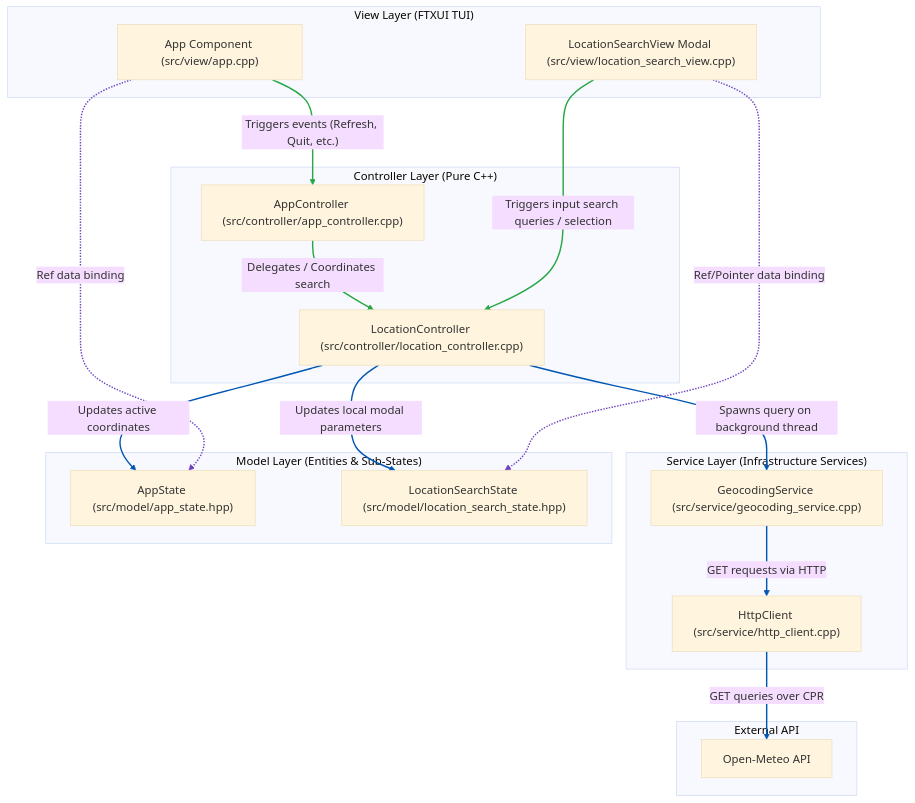
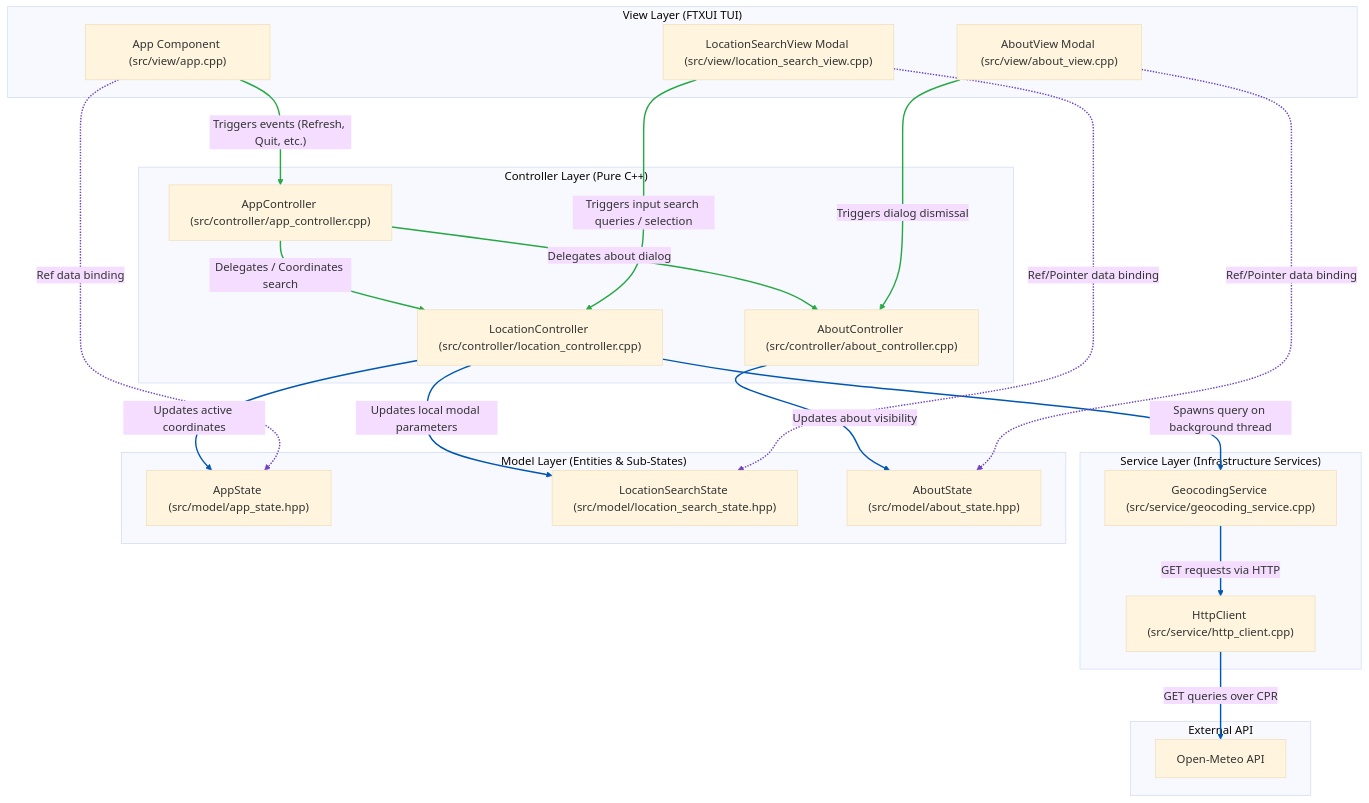
One commit to MallocNexus/weather_cli changed the first of 3 diagrams in docs/separation-of-concerns.md. Above: the diagram before and after it, drawn with Mermaid (base theme). The commit also changed other lines of this file and 16 other files, not shown here.

Commit message:
Implement About feature with MVC architecture; add AboutController, AboutView, and related state management

````diff
--- a/docs/separation-of-concerns.md
+++ b/docs/separation-of-concerns.md
@@ -11,50 +11,57 @@
 ```mermaid
 graph TD
     %% Layers Definition
     subgraph View ["View Layer (FTXUI TUI)"]
         App["App Component (src/view/app.cpp)"]
         LocView["LocationSearchView Modal (src/view/location_search_view.cpp)"]
+        AboutView["AboutView Modal (src/view/about_view.cpp)"]
     end
 
     subgraph Controller ["Controller Layer (Pure C++)"]
         AppCtrl["AppController (src/controller/app_controller.cpp)"]
         LocCtrl["LocationController (src/controller/location_controller.cpp)"]
+        AboutCtrl["AboutController (src/controller/about_controller.cpp)"]
     end
 
     subgraph Service ["Service Layer (Infrastructure Services)"]
         Geocoding["GeocodingService (src/service/geocoding_service.cpp)"]
         Http["HttpClient (src/service/http_client.cpp)"]
     end
 
     subgraph Model ["Model Layer (Entities & Sub-States)"]
         State["AppState (src/model/app_state.hpp)"]
         SearchState["LocationSearchState (src/model/location_search_state.hpp)"]
+        AboutState["AboutState (src/model/about_state.hpp)"]
     end
 
     subgraph External ["External API"]
         OpenMeteo["Open-Meteo API"]
     end
 
     %% Interactions
     App -->|"Triggers events (Refresh, Quit, etc.)"| AppCtrl
     AppCtrl -->|"Delegates / Coordinates search"| LocCtrl
+    AppCtrl -->|"Delegates about dialog"| AboutCtrl
     LocView -->|"Triggers input search queries / selection"| LocCtrl
+    AboutView -->|"Triggers dialog dismissal"| AboutCtrl
     LocCtrl -->|"Updates active coordinates"| State
     LocCtrl -->|"Updates local modal parameters"| SearchState
+    AboutCtrl -->|"Updates about visibility"| AboutState
     LocCtrl -->|"Spawns query on background thread"| Geocoding
     Geocoding -->|"GET requests via HTTP"| Http
     Http -->|"GET queries over CPR"| OpenMeteo
 
     %% Data Binding (Reversed to match strict UML dependency direction)
     App -.->|"Ref data binding"| State
     LocView -.->|"Ref/Pointer data binding"| SearchState
+    AboutView -.->|"Ref/Pointer data binding"| AboutState
 
     %% Style Event Arrows Green
-    linkStyle 0,1,2 stroke:#28a745,stroke-width:2px;
+    linkStyle 0,1,2,3,4 stroke:#28a745,stroke-width:2px;
 
     %% Style All Other Flow Lines Darker Blue
-    linkStyle 3,4,5,6,7 stroke:#0056b3,stroke-width:2px;
+    linkStyle 5,6,7,8,9,10 stroke:#0056b3,stroke-width:2px;
 
     %% Style Data Binding Arrows Purple
-    linkStyle 8,9 stroke:#6f42c1,stroke-width:2px;
+    linkStyle 11,12,13 stroke:#6f42c1,stroke-width:2px;
 ```
````
